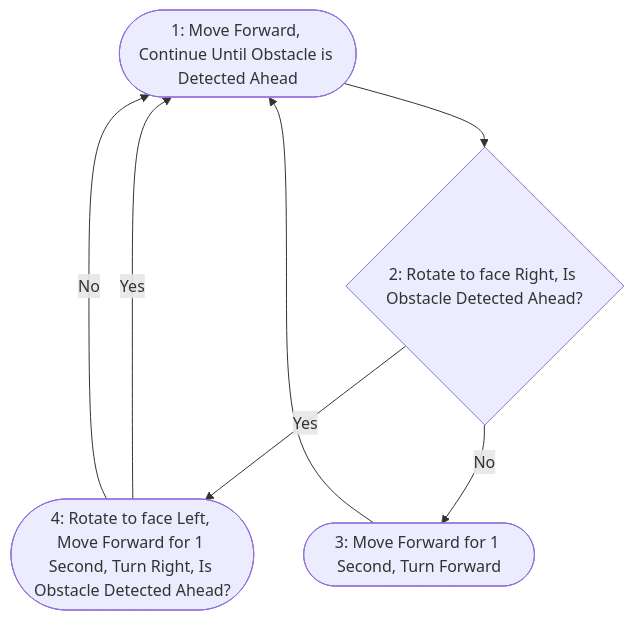
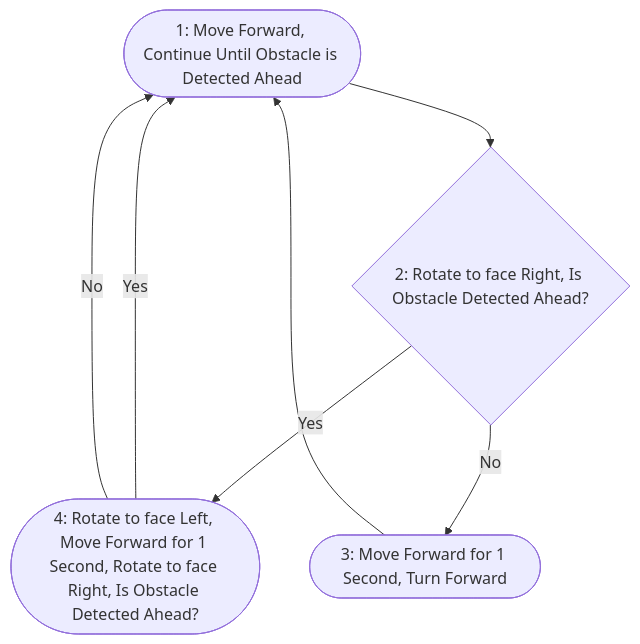
One commit to Amagerd1113/24FA_ENGR1000J_section3 changed the diagram in GAME_RULE.md. Above: the diagram before and after it, drawn with Mermaid.

````diff
--- a/GAME_RULE.md
+++ b/GAME_RULE.md
@@ -83,9 +83,9 @@
 ```mermaid
 graph TD
     A1([1: Move Forward, Continue Until Obstacle is Detected Ahead]) --> B1{2: Rotate to face Right, Is Obstacle Detected Ahead?}
-    B1 -- Yes --> C1([4: Rotate to face Left, Move Forward for 1 Second, Turn Right, Is Obstacle Detected Ahead?])
+    B1 -- Yes --> C1([4: Rotate to face Left, Move Forward for 1 Second, Rotate to face Right, Is Obstacle Detected Ahead?])
     C1 -- Yes --> A1
     C1 -- No --> A1
     B1 -- No --> D1([3: Move Forward for 1 Second, Turn Forward])
     D1 --> A1
 ```
````
